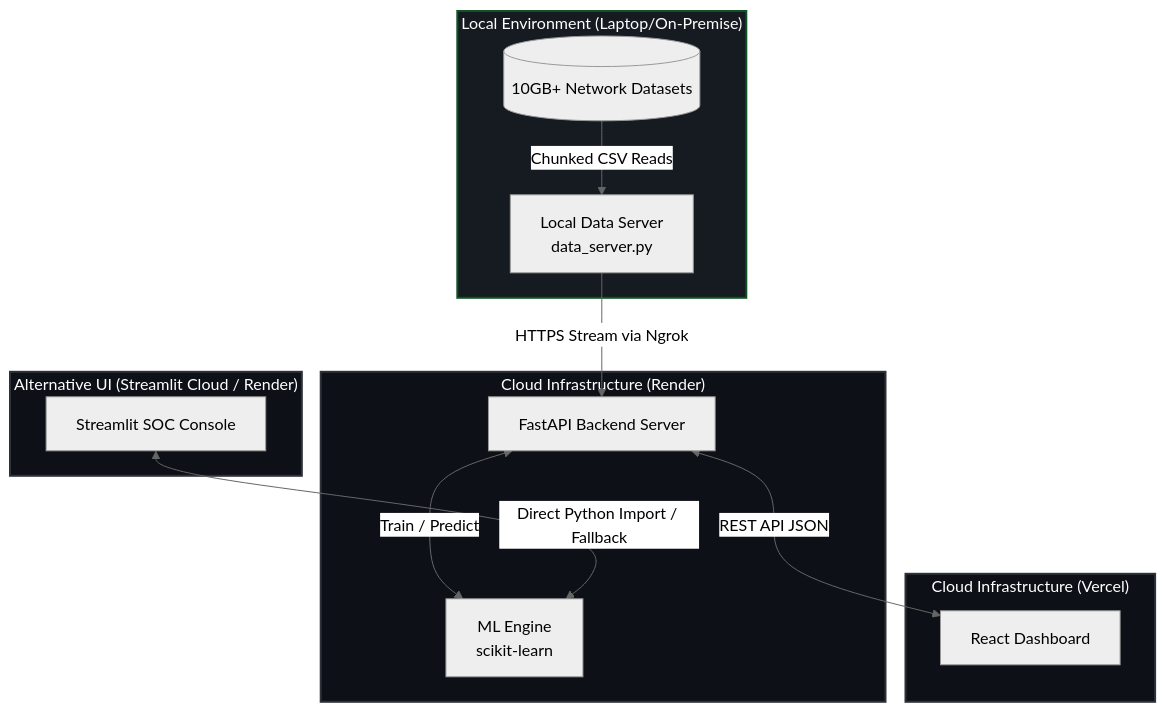
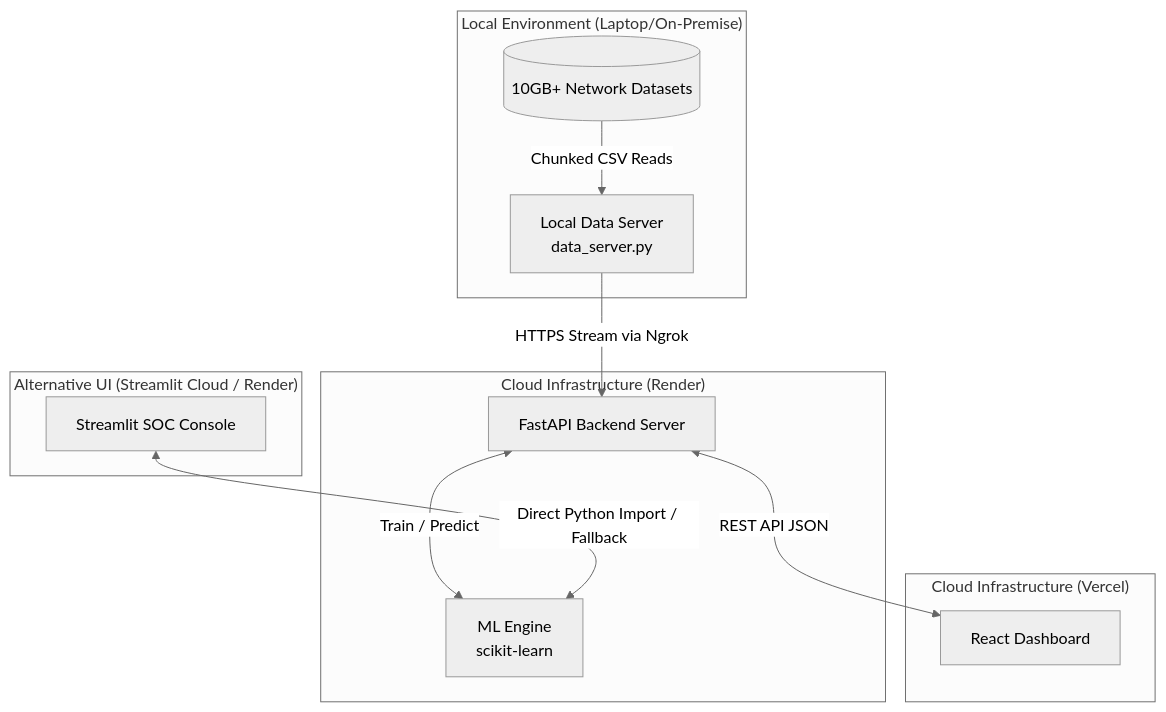
One commit to SoubhagyaJain/CyberSentinel-AI changed the diagram in README.md. Above: the diagram before and after it, drawn with Mermaid (neutral theme).

Commit message:
README.md

````diff
--- a/README.md
+++ b/README.md
@@ -62,33 +62,27 @@
 ```mermaid
 flowchart TD
     subgraph LocalEnv ["Local Environment (Laptop/On-Premise)"]
         DS[(10GB+ Network Datasets)]
         LDS[Local Data Server\ndata_server.py]
         DS -->|Chunked CSV Reads| LDS
     end
 
     subgraph RenderCloud ["Cloud Infrastructure (Render)"]
         API[FastAPI Backend Server]
         ML[ML Engine\nscikit-learn]
         
         LDS -->|HTTPS Stream via Ngrok| API
         API <-->|Train / Predict| ML
     end
 
     subgraph VercelCloud ["Cloud Infrastructure (Vercel)"]
         UI[React Dashboard]
     end
     
     subgraph StreamlitUI ["Alternative UI (Streamlit Cloud / Render)"]
         SOC[Streamlit SOC Console]
     end
 
     API <-->|REST API JSON| UI
     SOC <-->|Direct Python Import / Fallback| ML
-    
-    classDef cloud fill:#0d1117,stroke:#2d3139,stroke-width:2px,color:#fff;
-    classDef local fill:#161b22,stroke:#0f5323,stroke-width:2px,color:#fff;
-    
-    class LocalEnv local;
-    class RenderCloud,VercelCloud,StreamlitUI cloud;
 ```
````
